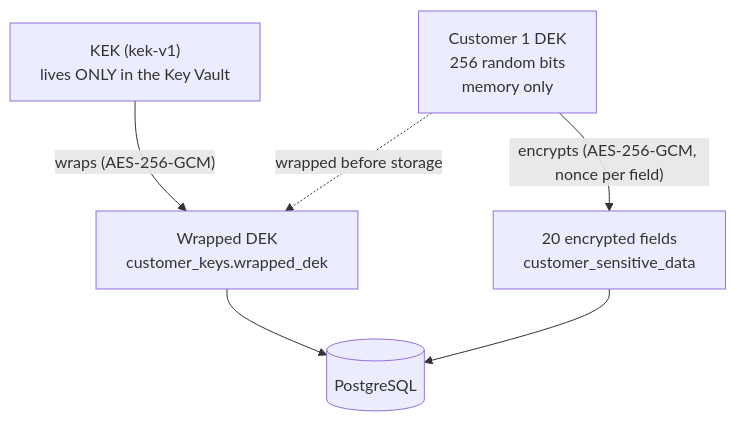
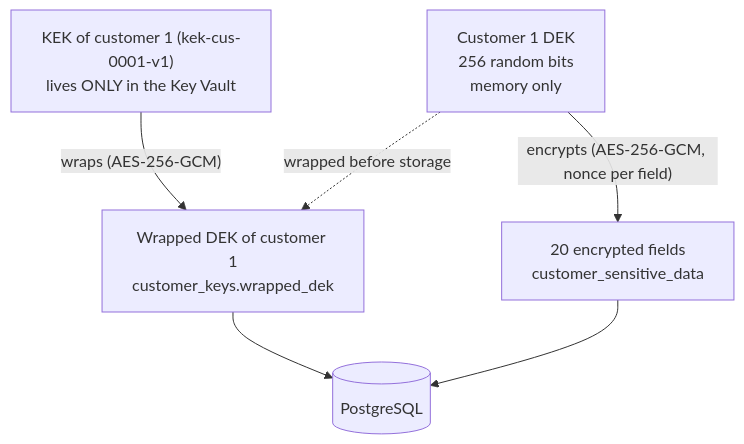
One commit to lccjavo/cetys-unit4-disaster-recovery-lab changed the fourth of 4 diagrams in README.md. Above: the diagram before and after it, drawn with Mermaid. The commit also changed other lines of this file and 27 other files, not shown here.

````diff
--- a/README.md
+++ b/README.md
@@ -846,8 +871,8 @@
 ```mermaid
 flowchart TB
-  KEK["KEK (kek-v1)<br/>lives ONLY in the Key Vault"] -- "wraps (AES-256-GCM)" --> WDEK["Wrapped DEK<br/>customer_keys.wrapped_dek"]
+  KEK["KEK of customer 1 (kek-cus-0001-v1)<br/>lives ONLY in the Key Vault"] -- "wraps (AES-256-GCM)" --> WDEK["Wrapped DEK of customer 1<br/>customer_keys.wrapped_dek"]
   DEK["Customer 1 DEK<br/>256 random bits<br/>memory only"] -. "wrapped before storage" .-> WDEK
   DEK -- "encrypts (AES-256-GCM, nonce per field)" --> F["20 encrypted fields<br/>customer_sensitive_data"]
   WDEK --> PG[("PostgreSQL")]
   F --> PG
 ```
````
